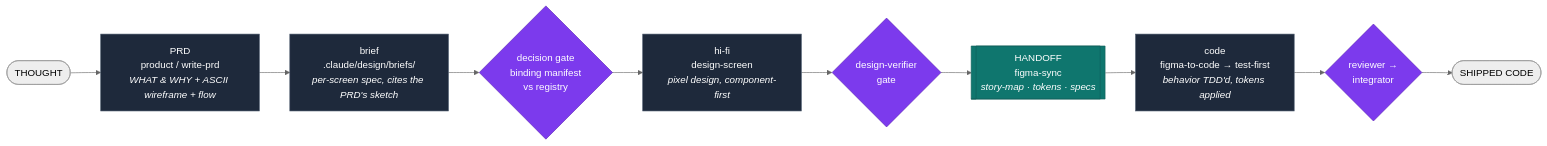
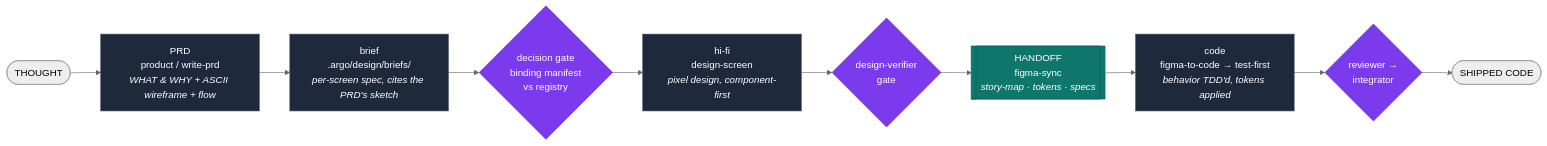
The first of 2 diagrams in PIPELINE.md (milad-alizadeh/argo-plugin), drawn with Mermaid (neutral theme) before and after one commit. The commit also changed 76 other files, not shown here.

````diff
--- a/PIPELINE.md
+++ b/PIPELINE.md
@@ -13,19 +13,19 @@
 ```mermaid
 flowchart LR
     classDef stage fill:#1e293b,color:#fff,stroke:#475569
     classDef seam fill:#0f766e,color:#fff,stroke:#115e59
     classDef gate fill:#7c3aed,color:#fff,stroke:#5b21b6
 
     thought([THOUGHT]) --> prd
     prd["PRD<br/>product / write-prd<br/><i>WHAT & WHY + ASCII wireframe + flow</i>"]:::stage
-    brief["brief<br/>.claude/design/briefs/<br/><i>per-screen spec, cites the PRD's sketch</i>"]:::stage
+    brief["brief<br/>.argo/design/briefs/<br/><i>per-screen spec, cites the PRD's sketch</i>"]:::stage
     manifest{"decision gate<br/>binding manifest<br/>vs registry"}:::gate
     hifi["hi-fi<br/>design-screen<br/><i>pixel design, component-first</i>"]:::stage
     dv{"design-verifier<br/>gate"}:::gate
     handoff[["HANDOFF<br/>figma-sync<br/><i>story-map · tokens · specs</i>"]]:::seam
     code["code<br/>figma-to-code → test-first<br/><i>behavior TDD'd, tokens applied</i>"]:::stage
     rev{"reviewer →<br/>integrator"}:::gate
     shipped([SHIPPED CODE])
 
     prd --> brief --> manifest --> hifi --> dv --> handoff --> code --> rev --> shipped
 ```
````
